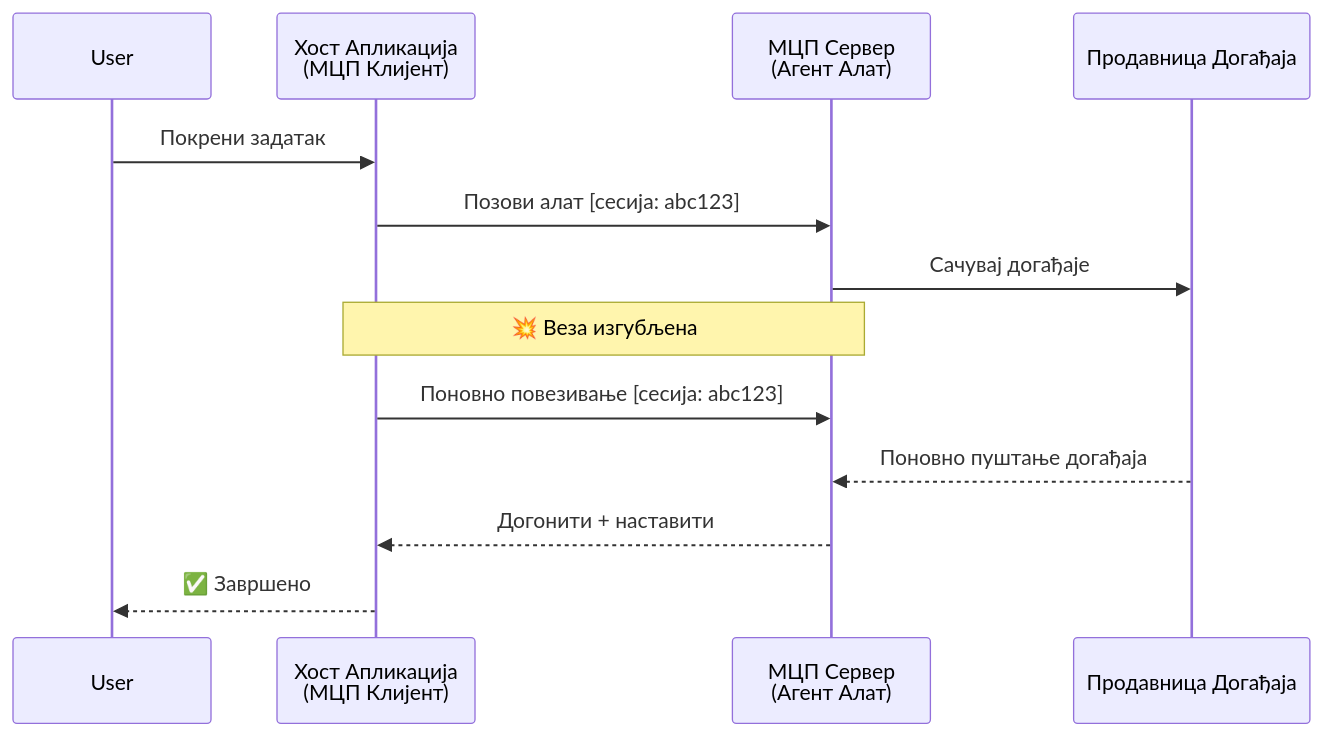
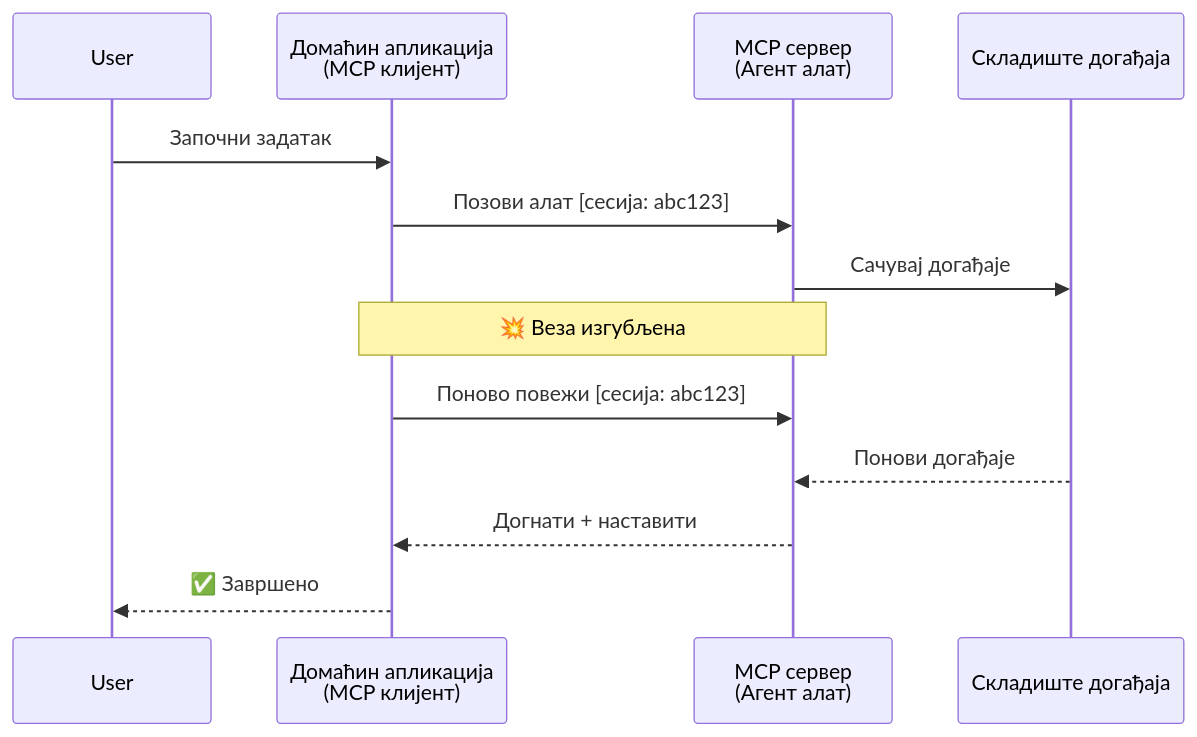
The second of 5 diagrams in mirrors/repos/microsoft@ai-agents-for-beginners/translations/sr/11-agentic-protocols/code_samples/mcp-agents/README.md (gabrielmoreira/agent-skills-mirror), drawn with Mermaid before and after one commit. The commit also changed other lines of this file and 4262 other files, not shown here.

````diff
--- a/mirrors/repos/microsoft@ai-agents-for-beginners/translations/sr/11-agentic-protocols/code_samples/mcp-agents/README.md
+++ b/mirrors/repos/microsoft@ai-agents-for-beginners/translations/sr/11-agentic-protocols/code_samples/mcp-agents/README.md
@@ -82,18 +82,18 @@
 ```mermaid
 sequenceDiagram
     participant User
-    participant Host as Хост Апликација<br/>(МЦП Клијент)
-    participant Server as МЦП Сервер<br/>(Агент Алат)
-    participant Store as Продавница Догађаја
+    participant Host as Домаћин апликација<br/>(MCP клијент)
+    participant Server as MCP сервер<br/>(Агент алат)
+    participant Store as Складиште догађаја
 
-    User->>Host: Покрени задатак
+    User->>Host: Започни задатак
     Host->>Server: Позови алат [сесија: abc123]
     Server->>Store: Сачувај догађаје
 
     Note over Host,Server: 💥 Веза изгубљена
 
-    Host->>Server: Поновно повезивање [сесија: abc123]
-    Store-->>Server: Поновно пуштање догађаја
-    Server-->>Host: Догонити + наставити
+    Host->>Server: Поново повежи [сесија: abc123]
+    Store-->>Server: Понови догађаје
+    Server-->>Host: Догнати + наставити
     Host-->>User: ✅ Завршено
 ```
````
